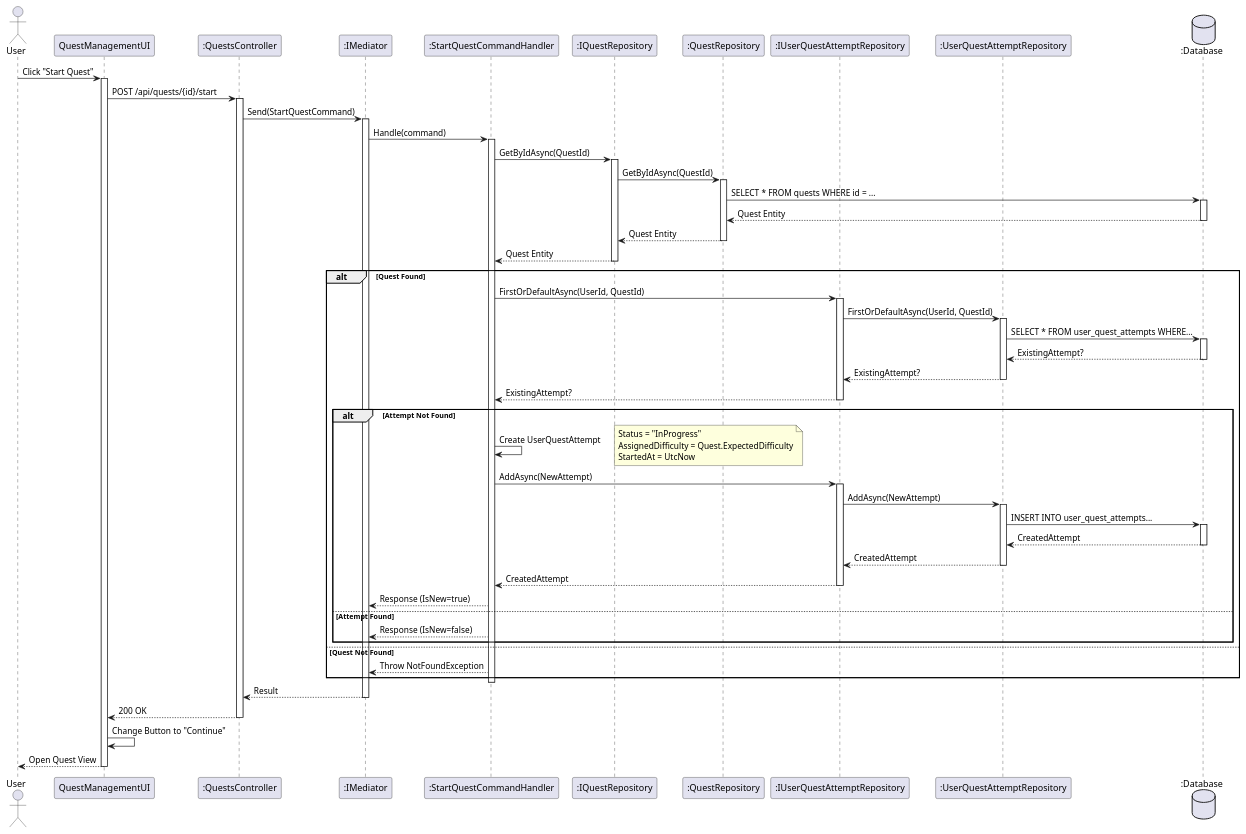
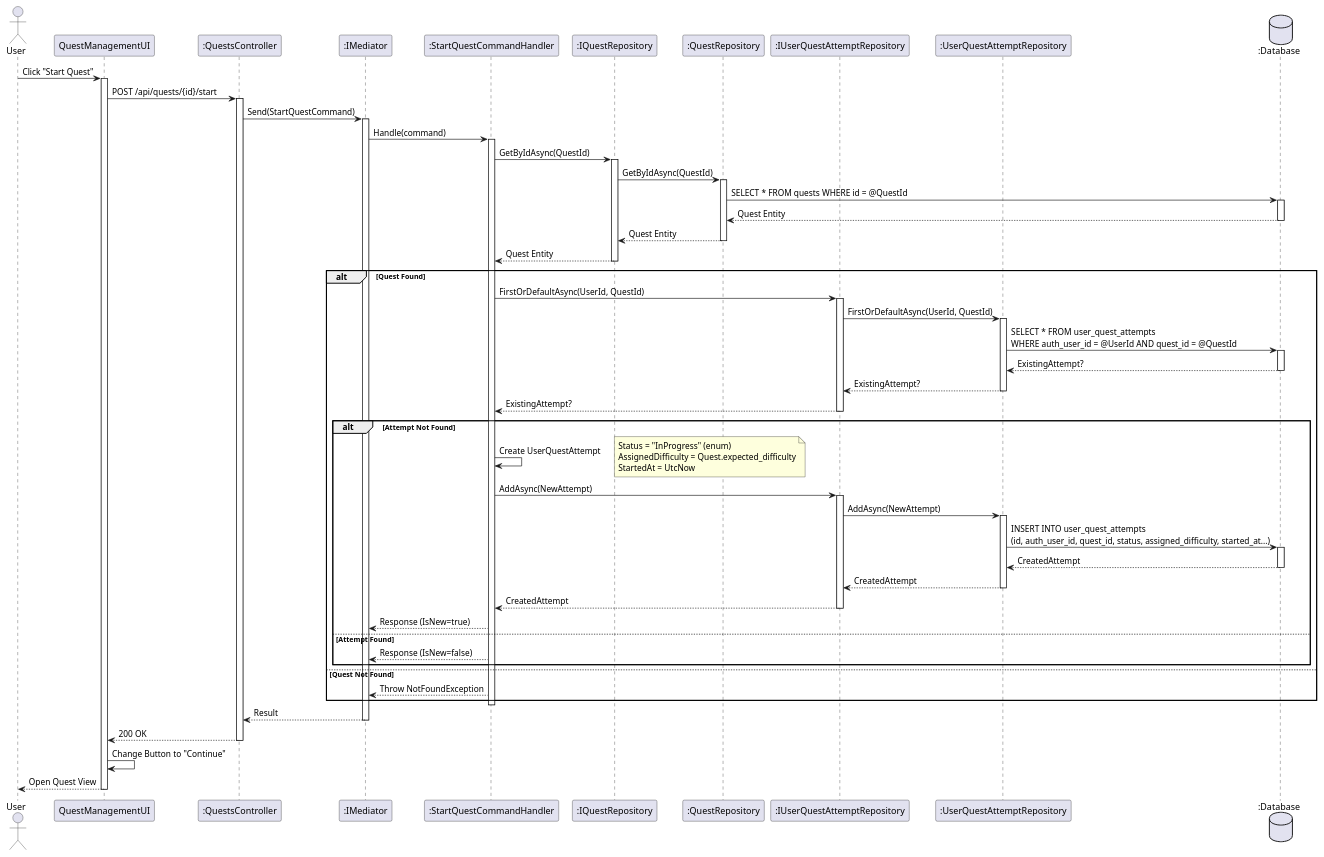
Before and after one commit to FA25SE050-RogueLearn/RogueLearn.BMAD.Documentation: the diagram in docs/srs/diagrams/sequence-diagram/quest-learning/start-quest.puml, drawn with PlantUML. The commit also changed 4 other files, not shown here.

```diff
--- a/docs/srs/diagrams/sequence-diagram/quest-learning/start-quest.puml
+++ b/docs/srs/diagrams/sequence-diagram/quest-learning/start-quest.puml
@@ -1,95 +1,98 @@
 @startuml
 actor User
 participant QuestManagementUI as UI
 participant ":QuestsController" as Controller
 participant ":IMediator" as Med
 participant ":StartQuestCommandHandler" as Handler
 participant ":IQuestRepository" as IQuestRepo
 participant ":QuestRepository" as QuestRepo
 participant ":IUserQuestAttemptRepository" as IAttemptRepo
 participant ":UserQuestAttemptRepository" as AttemptRepo
 database ":Database" as DB
 
 User -> UI : Click "Start Quest"
 activate UI
 
 UI -> Controller : POST /api/quests/{id}/start
 activate Controller
 
 Controller -> Med : Send(StartQuestCommand)
 activate Med
 
 Med -> Handler : Handle(command)
 activate Handler
 
 ' 1. Validate Quest
 Handler -> IQuestRepo : GetByIdAsync(QuestId)
 activate IQuestRepo
 IQuestRepo -> QuestRepo : GetByIdAsync(QuestId)
 activate QuestRepo
-QuestRepo -> DB : SELECT * FROM quests WHERE id = ...
+' Analyzed: Matches quests table
+QuestRepo -> DB : SELECT * FROM quests WHERE id = @QuestId
 activate DB
 DB --> QuestRepo : Quest Entity
 deactivate DB
 QuestRepo --> IQuestRepo : Quest Entity
 deactivate QuestRepo
 IQuestRepo --> Handler : Quest Entity
 deactivate IQuestRepo
 
 alt Quest Found
     ' 2. Check Existing Attempt
     Handler -> IAttemptRepo : FirstOrDefaultAsync(UserId, QuestId)
     activate IAttemptRepo
     IAttemptRepo -> AttemptRepo : FirstOrDefaultAsync(UserId, QuestId)
     activate AttemptRepo
-    AttemptRepo -> DB : SELECT * FROM user_quest_attempts WHERE...
+    ' Analyzed: Checks user_quest_attempts for duplicates
+    AttemptRepo -> DB : SELECT * FROM user_quest_attempts \nWHERE auth_user_id = @UserId AND quest_id = @QuestId
     activate DB
     DB --> AttemptRepo : ExistingAttempt?
     deactivate DB
     AttemptRepo --> IAttemptRepo : ExistingAttempt?
     deactivate AttemptRepo
     IAttemptRepo --> Handler : ExistingAttempt?
     deactivate IAttemptRepo
 
     alt Attempt Not Found
         ' 3. Create New Attempt
         Handler -> Handler : Create UserQuestAttempt
         note right
-            Status = "InProgress"
-            AssignedDifficulty = Quest.ExpectedDifficulty
+            Status = "InProgress" (enum)
+            AssignedDifficulty = Quest.expected_difficulty
             StartedAt = UtcNow
         end note
 
         Handler -> IAttemptRepo : AddAsync(NewAttempt)
         activate IAttemptRepo
         IAttemptRepo -> AttemptRepo : AddAsync(NewAttempt)
         activate AttemptRepo
-        AttemptRepo -> DB : INSERT INTO user_quest_attempts...
+        ' Analyzed: Inserts new record
+        AttemptRepo -> DB : INSERT INTO user_quest_attempts \n(id, auth_user_id, quest_id, status, assigned_difficulty, started_at...)
         activate DB
         DB --> AttemptRepo : CreatedAttempt
         deactivate DB
         AttemptRepo --> IAttemptRepo : CreatedAttempt
         deactivate AttemptRepo
         IAttemptRepo --> Handler : CreatedAttempt
         deactivate IAttemptRepo
         
         Handler --> Med : Response (IsNew=true)
     else Attempt Found
         Handler --> Med : Response (IsNew=false)
     end
 else Quest Not Found
     Handler --> Med : Throw NotFoundException
 end
 
 deactivate Handler
 
 Med --> Controller : Result
 deactivate Med
 
 Controller --> UI : 200 OK
 deactivate Controller
 
 UI -> UI : Change Button to "Continue"
 UI --> User : Open Quest View
 deactivate UI
 @enduml
```
